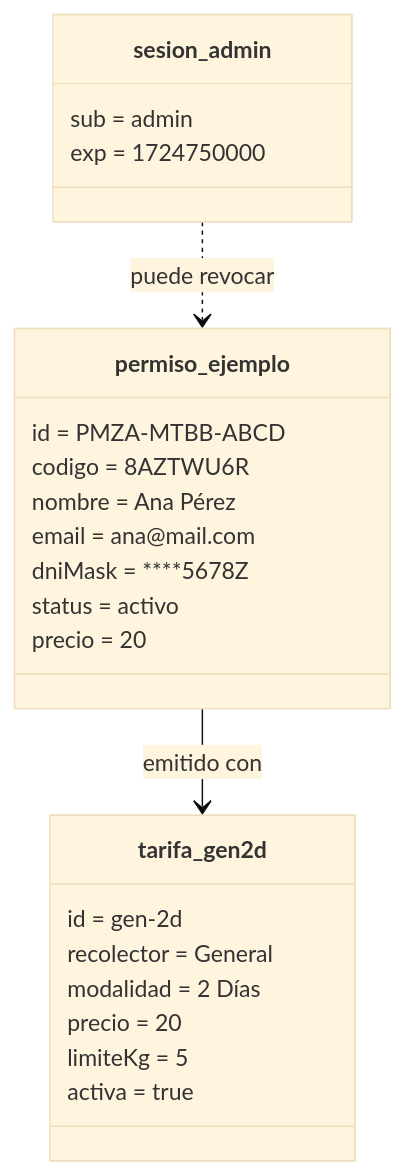
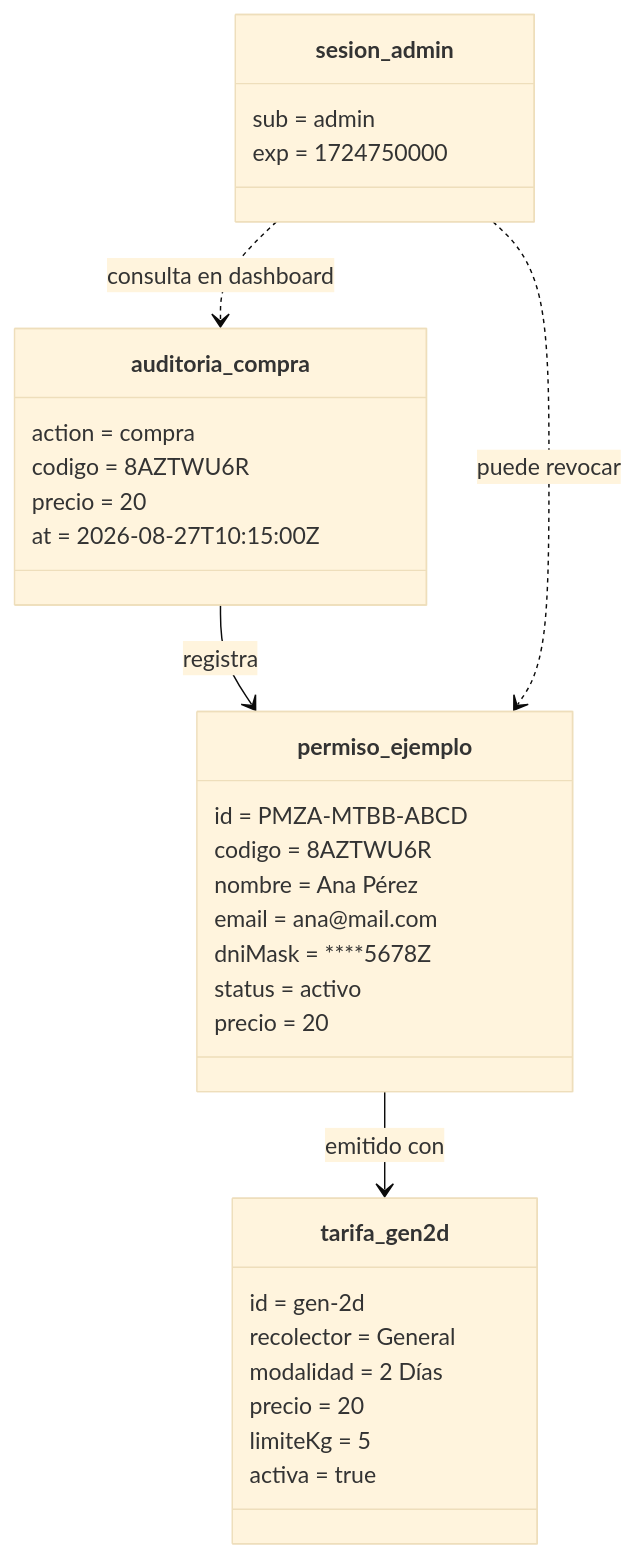
Before and after one commit to gracobjo/cotoSetas: the second of 8 diagrams in docs/uml.md, drawn with Mermaid (base theme). The commit also changed other lines of this file and 18 other files, not shown here.

````diff
--- a/docs/uml.md
+++ b/docs/uml.md
@@ -113,29 +152,38 @@
 ```mermaid
 classDiagram
   class tarifa_gen2d {
     id = gen-2d
     recolector = General
     modalidad = 2 Días
     precio = 20
     limiteKg = 5
     activa = true
   }
 
   class permiso_ejemplo {
     id = PMZA-MTBB-ABCD
     codigo = 8AZTWU6R
     nombre = Ana Pérez
     email = ana@mail.com
     dniMask = ****5678Z
     status = activo
     precio = 20
   }
 
+  class auditoria_compra {
+    action = compra
+    codigo = 8AZTWU6R
+    precio = 20
+    at = 2026-08-27T10:15:00Z
+  }
+
   class sesion_admin {
     sub = admin
     exp = 1724750000
   }
 
   permiso_ejemplo --> tarifa_gen2d : emitido con
+  auditoria_compra --> permiso_ejemplo : registra
   sesion_admin ..> permiso_ejemplo : puede revocar
+  sesion_admin ..> auditoria_compra : consulta en dashboard
 ```
````
